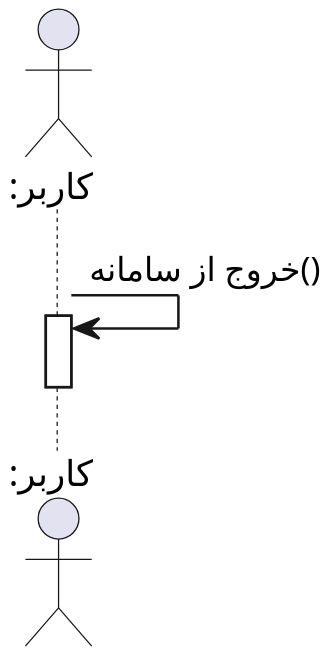
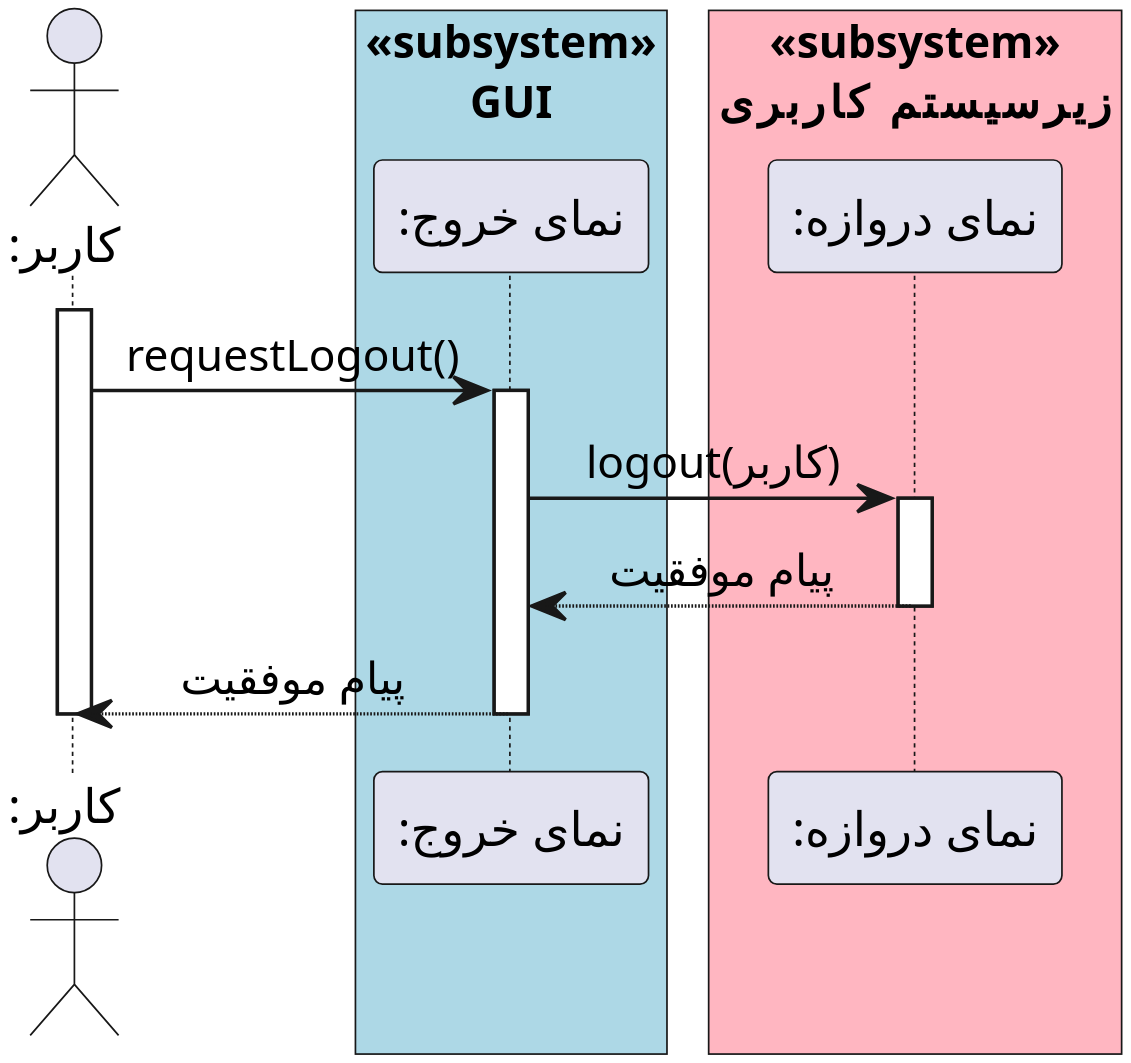
Before and after one commit to soleyman79/Qasedak: the diagram in Diagrams/Design Sequence/Logout.puml, drawn with PlantUML.

Commit message:
Add design logout

```diff
--- a/Diagrams/Design Sequence/Logout.puml
+++ b/Diagrams/Design Sequence/Logout.puml
@@ -1,16 +1,29 @@
 @startuml logout
 
 
-scale 3
+scale 4
 skinparam DefaultFontName Vazir
-skinparam DefaultTextAlignment left
+skinparam DefaultTextAlignment center
 
  
 actor ":کاربر" as user
+box "«subsystem»\nGUI" #LightBlue
+participant ":نمای خروج" as ui_facade
+end box
+box "«subsystem»\nزیرسیستم کاربری" #LightPink
+participant ":نمای دروازه" as gate_facade
+end box
 
-user -> user : خروج از سامانه()
 activate user
+user -> ui_facade: requestLogout()
+activate ui_facade
+ui_facade -> gate_facade: logout(کاربر)
+activate gate_facade
+gate_facade --> ui_facade: پیام موفقیت
+deactivate gate_facade
+ui_facade --> user: پیام موفقیت
+deactivate ui_facade
 deactivate user
 
 
 @enduml
```
